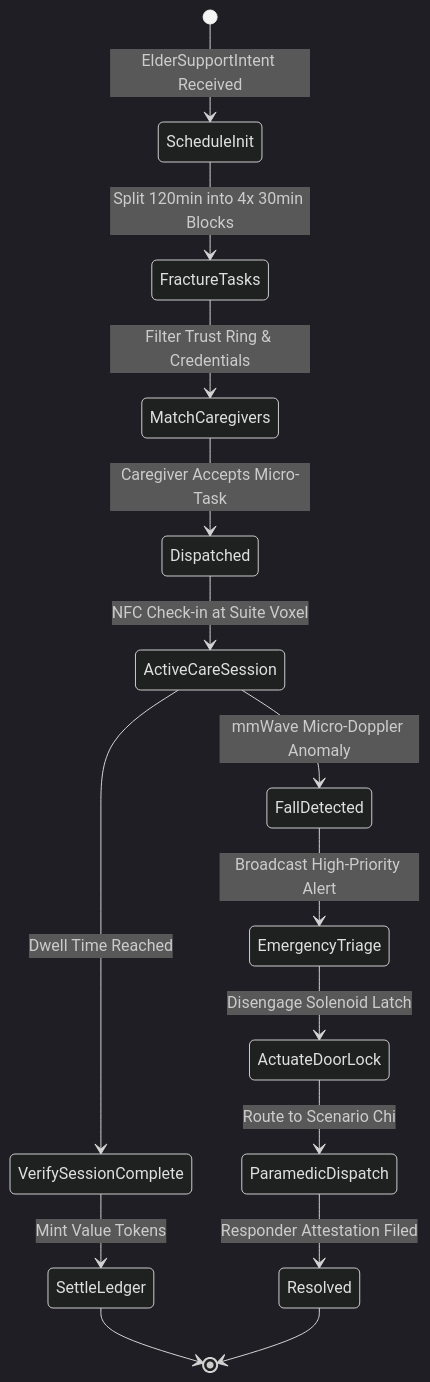
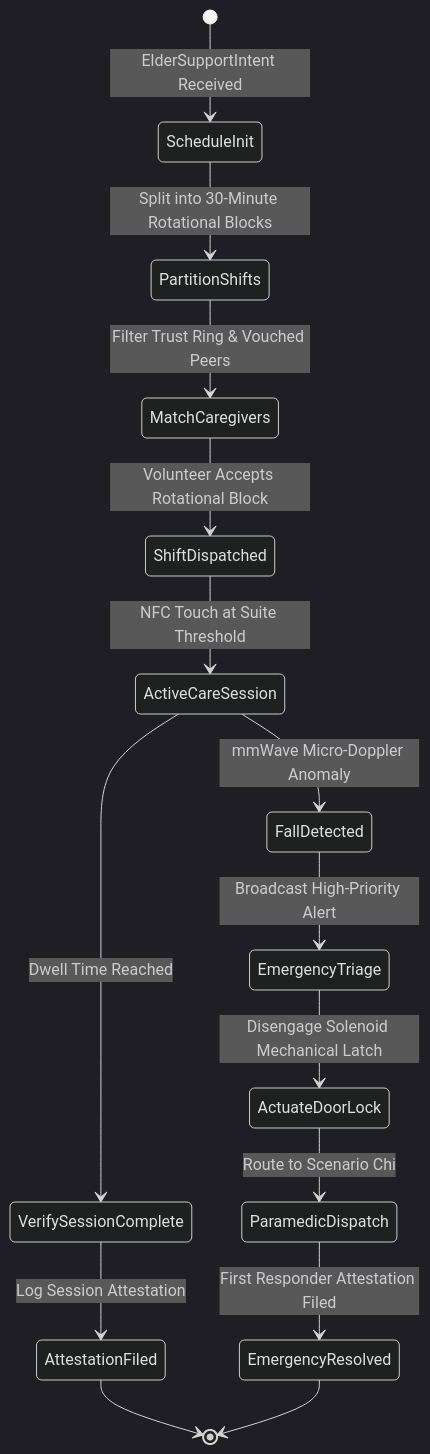
Before and after one commit to raffaine/collective: the second of 4 diagrams in docs/scenarios/phi_elder.md, drawn with Mermaid (dark theme). The commit also changed other lines of this file and 23 other files, not shown here.

````diff
--- a/docs/scenarios/phi_elder.md
+++ b/docs/scenarios/phi_elder.md
@@ -77,19 +86,19 @@
 ```mermaid
 stateDiagram-v2
     [*] --> ScheduleInit: ElderSupportIntent Received
-    ScheduleInit --> FractureTasks: Split 120min into 4x 30min Blocks
-    FractureTasks --> MatchCaregivers: Filter Trust Ring & Credentials
-    MatchCaregivers --> Dispatched: Caregiver Accepts Micro-Task
-    Dispatched --> ActiveCareSession: NFC Check-in at Suite Voxel
+    ScheduleInit --> PartitionShifts: Split into 30-Minute Rotational Blocks
+    PartitionShifts --> MatchCaregivers: Filter Trust Ring & Vouched Peers
+    MatchCaregivers --> ShiftDispatched: Volunteer Accepts Rotational Block
+    ShiftDispatched --> ActiveCareSession: NFC Touch at Suite Threshold
     ActiveCareSession --> VerifySessionComplete: Dwell Time Reached
-    VerifySessionComplete --> SettleLedger: Mint Value Tokens
-    SettleLedger --> [*]
+    VerifySessionComplete --> AttestationFiled: Log Session Attestation
+    AttestationFiled --> [*]
 
     %% Emergency Branch
     ActiveCareSession --> FallDetected: mmWave Micro-Doppler Anomaly
     FallDetected --> EmergencyTriage: Broadcast High-Priority Alert
-    EmergencyTriage --> ActuateDoorLock: Disengage Solenoid Latch
+    EmergencyTriage --> ActuateDoorLock: Disengage Solenoid Mechanical Latch
     ActuateDoorLock --> ParamedicDispatch: Route to Scenario Chi
-    ParamedicDispatch --> Resolved: Responder Attestation Filed
-    Resolved --> [*]
+    ParamedicDispatch --> EmergencyResolved: First Responder Attestation Filed
+    EmergencyResolved --> [*]
 ```
````
